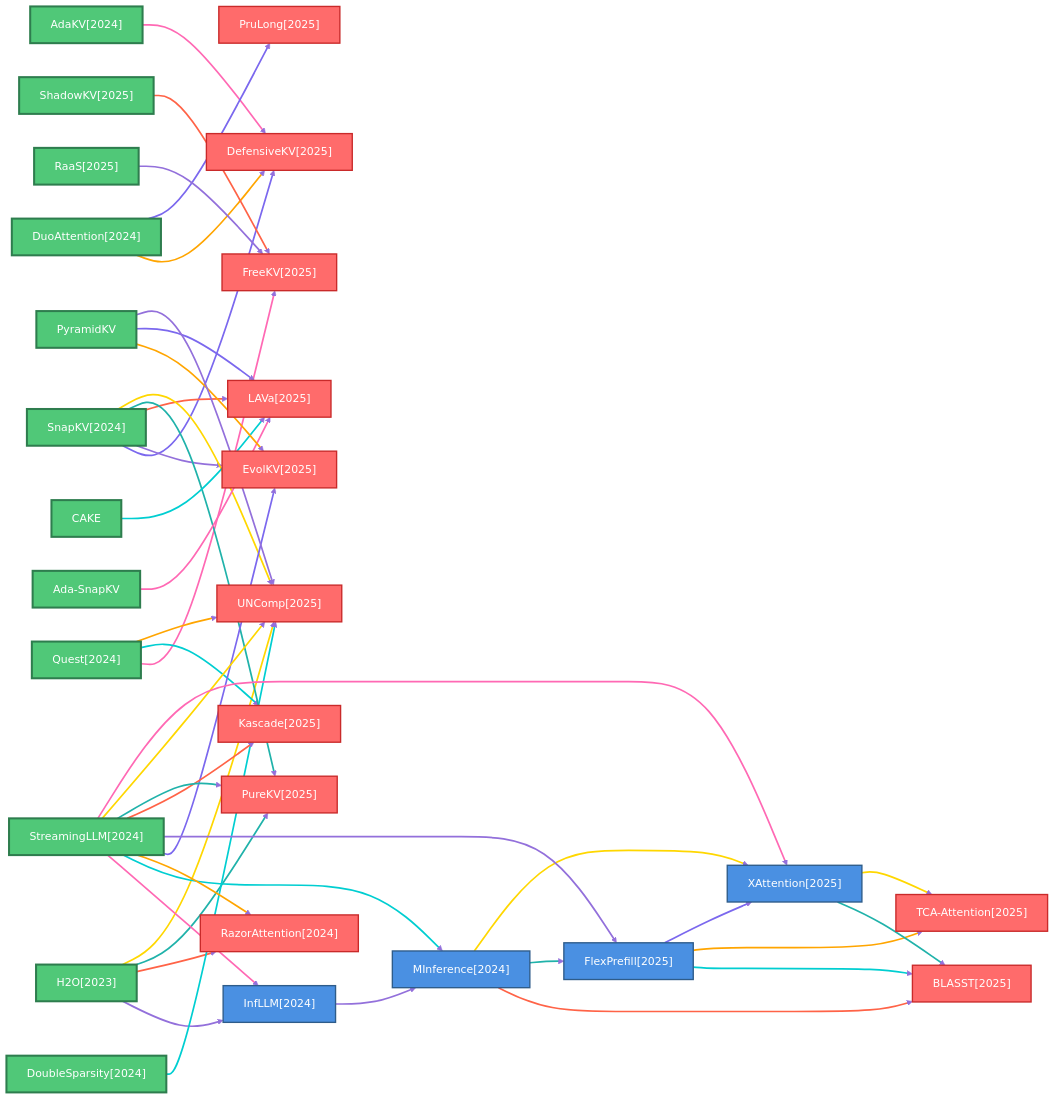
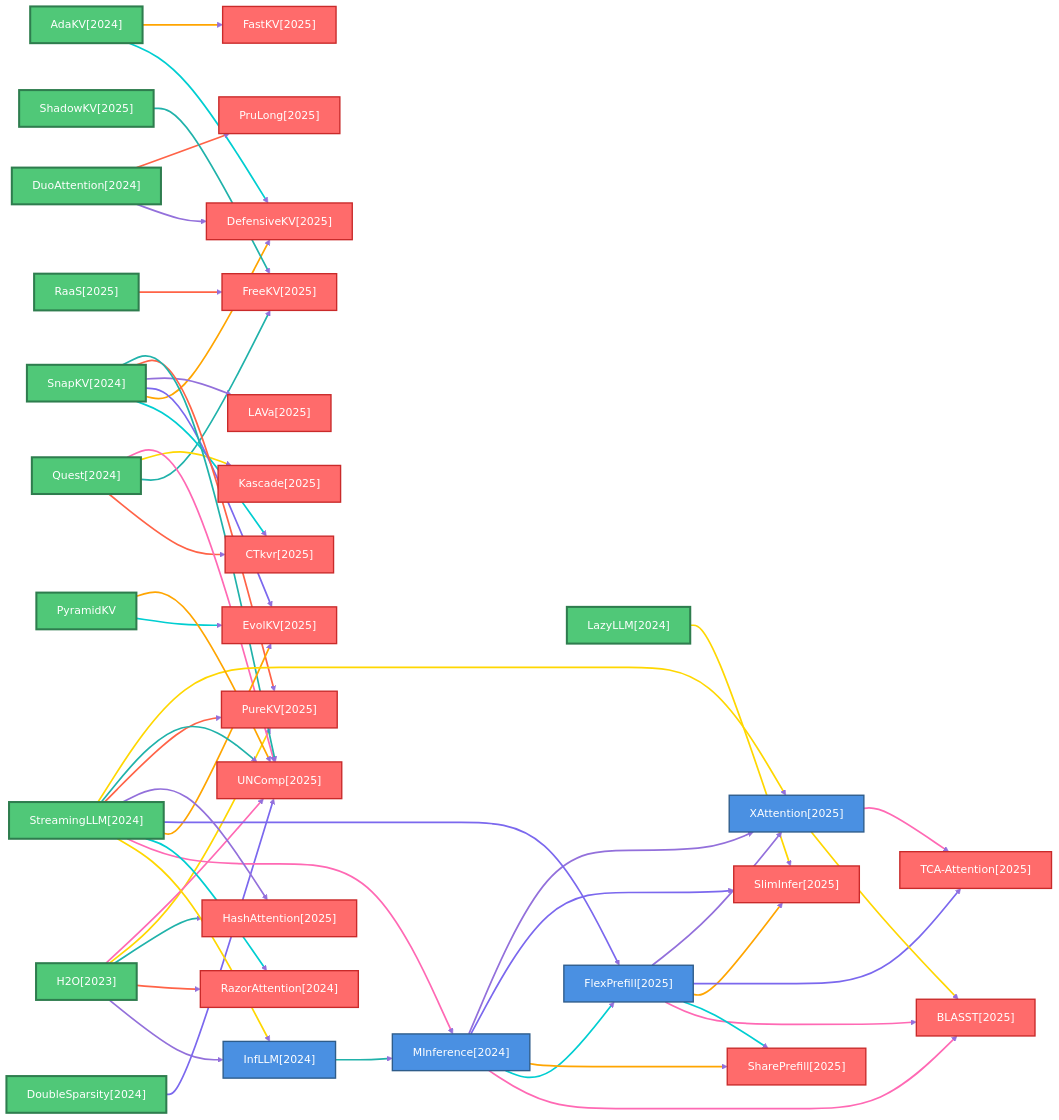
One commit to hustzxd/EfficientPaper changed the first of 11 diagrams in docs/baseline_methods_graph.md. Above: the diagram before and after it, drawn with Mermaid. The commit also changed other lines of this file and 148 other files, not shown here.

````diff
--- a/docs/baseline_methods_graph.md
+++ b/docs/baseline_methods_graph.md
@@ -25,6 +25,8 @@
     class 2024_DuoAttention rootNode
     2024_InfLLM["InfLLM[2024]"]
     class 2024_InfLLM defaultNode
+    2024_LazyLLM["LazyLLM[2024]"]
+    class 2024_LazyLLM rootNode
     2024_MInference["MInference[2024]"]
     class 2024_MInference defaultNode
     2024_Quest["Quest[2024]"]
@@ -37,14 +39,20 @@
     class 2024_StreamingLLM rootNode
     2025_BLASST["BLASST[2025]"]
     class 2025_BLASST leafNode
+    2025_CTkvr["CTkvr[2025]"]
+    class 2025_CTkvr leafNode
     2025_DefensiveKV["DefensiveKV[2025]"]
     class 2025_DefensiveKV leafNode
     2025_EvolKV["EvolKV[2025]"]
     class 2025_EvolKV leafNode
+    2025_FastKV["FastKV[2025]"]
+    class 2025_FastKV leafNode
     2025_FlexPrefill["FlexPrefill[2025]"]
     class 2025_FlexPrefill defaultNode
     2025_FreeKV["FreeKV[2025]"]
     class 2025_FreeKV leafNode
+    2025_HashAttention["HashAttention[2025]"]
+    class 2025_HashAttention leafNode
     2025_Kascade["Kascade[2025]"]
     class 2025_Kascade leafNode
     2025_LAVa["LAVa[2025]"]
@@ -57,16 +65,16 @@
     class 2025_RaaS rootNode
     2025_ShadowKV["ShadowKV[2025]"]
     class 2025_ShadowKV rootNode
+    2025_SharePrefill["SharePrefill[2025]"]
+    class 2025_SharePrefill leafNode
+    2025_SlimInfer["SlimInfer[2025]"]
+    class 2025_SlimInfer leafNode
     2025_TCA_Attention["TCA-Attention[2025]"]
     class 2025_TCA_Attention leafNode
     2025_UNComp["UNComp[2025]"]
     class 2025_UNComp leafNode
     2025_XAttention["XAttention[2025]"]
     class 2025_XAttention defaultNode
-    Ada_SnapKV["Ada-SnapKV"]
-    class Ada_SnapKV rootNode
-    CAKE["CAKE"]
-    class CAKE rootNode
     PyramidKV["PyramidKV"]
     class PyramidKV rootNode
 
@@ -74,82 +82,94 @@
     linkStyle 0 stroke:#9370DB,stroke-width:2.5px
     2023_H2O ==>|" "| 2024_RazorAttention
     linkStyle 1 stroke:#FF6347,stroke-width:2.5px
+    2023_H2O ==>|" "| 2025_HashAttention
+    linkStyle 2 stroke:#20B2AA,stroke-width:2.5px
     2023_H2O ==>|" "| 2025_PureKV
-    linkStyle 2 stroke:#20B2AA,stroke-width:2.5px
+    linkStyle 3 stroke:#FFD700,stroke-width:2.5px
     2023_H2O ==>|" "| 2025_UNComp
-    linkStyle 3 stroke:#FFD700,stroke-width:2.5px
+    linkStyle 4 stroke:#FF69B4,stroke-width:2.5px
     2024_AdaKV ==>|" "| 2025_DefensiveKV
-    linkStyle 4 stroke:#FF69B4,stroke-width:2.5px
+    linkStyle 5 stroke:#00CED1,stroke-width:2.5px
+    2024_AdaKV ==>|" "| 2025_FastKV
+    linkStyle 6 stroke:#FFA500,stroke-width:2.5px
     2024_DoubleSparsity ==>|" "| 2025_UNComp
-    linkStyle 5 stroke:#00CED1,stroke-width:2.5px
+    linkStyle 7 stroke:#7B68EE,stroke-width:2.5px
     2024_DuoAttention ==>|" "| 2025_DefensiveKV
-    linkStyle 6 stroke:#FFA500,stroke-width:2.5px
+    linkStyle 8 stroke:#9370DB,stroke-width:2.5px
     2024_DuoAttention ==>|" "| 2025_PruLong
-    linkStyle 7 stroke:#7B68EE,stroke-width:2.5px
+    linkStyle 9 stroke:#FF6347,stroke-width:2.5px
     2024_InfLLM ==>|" "| 2024_MInference
-    linkStyle 8 stroke:#9370DB,stroke-width:2.5px
+    linkStyle 10 stroke:#20B2AA,stroke-width:2.5px
+    2024_LazyLLM ==>|" "| 2025_SlimInfer
+    linkStyle 11 stroke:#FFD700,stroke-width:2.5px
     2024_MInference ==>|" "| 2025_BLASST
-    linkStyle 9 stroke:#FF6347,stroke-width:2.5px
+    linkStyle 12 stroke:#FF69B4,stroke-width:2.5px
     2024_MInference ==>|" "| 2025_FlexPrefill
-    linkStyle 10 stroke:#20B2AA,stroke-width:2.5px
+    linkStyle 13 stroke:#00CED1,stroke-width:2.5px
+    2024_MInference ==>|" "| 2025_SharePrefill
+    linkStyle 14 stroke:#FFA500,stroke-width:2.5px
+    2024_MInference ==>|" "| 2025_SlimInfer
+    linkStyle 15 stroke:#7B68EE,stroke-width:2.5px
     2024_MInference ==>|" "| 2025_XAttention
-    linkStyle 11 stroke:#FFD700,stroke-width:2.5px
+    linkStyle 16 stroke:#9370DB,stroke-width:2.5px
+    2024_Quest ==>|" "| 2025_CTkvr
+    linkStyle 17 stroke:#FF6347,stroke-width:2.5px
     2024_Quest ==>|" "| 2025_FreeKV
-    linkStyle 12 stroke:#FF69B4,stroke-width:2.5px
+    linkStyle 18 stroke:#20B2AA,stroke-width:2.5px
     2024_Quest ==>|" "| 2025_Kascade
-    linkStyle 13 stroke:#00CED1,stroke-width:2.5px
+    linkStyle 19 stroke:#FFD700,stroke-width:2.5px
     2024_Quest ==>|" "| 2025_UNComp
-    linkStyle 14 stroke:#FFA500,stroke-width:2.5px
+    linkStyle 20 stroke:#FF69B4,stroke-width:2.5px
+    2024_SnapKV ==>|" "| 2025_CTkvr
+    linkStyle 21 stroke:#00CED1,stroke-width:2.5px
     2024_SnapKV ==>|" "| 2025_DefensiveKV
-    linkStyle 15 stroke:#7B68EE,stroke-width:2.5px
+    linkStyle 22 stroke:#FFA500,stroke-width:2.5px
     2024_SnapKV ==>|" "| 2025_EvolKV
-    linkStyle 16 stroke:#9370DB,stroke-width:2.5px
+    linkStyle 23 stroke:#7B68EE,stroke-width:2.5px
     2024_SnapKV ==>|" "| 2025_LAVa
-    linkStyle 17 stroke:#FF6347,stroke-width:2.5px
+    linkStyle 24 stroke:#9370DB,stroke-width:2.5px
     2024_SnapKV ==>|" "| 2025_PureKV
-    linkStyle 18 stroke:#20B2AA,stroke-width:2.5px
+    linkStyle 25 stroke:#FF6347,stroke-width:2.5px
     2024_SnapKV ==>|" "| 2025_UNComp
-    linkStyle 19 stroke:#FFD700,stroke-width:2.5px
+    linkStyle 26 stroke:#20B2AA,stroke-width:2.5px
     2024_StreamingLLM ==>|" "| 2024_InfLLM
-    linkStyle 20 stroke:#FF69B4,stroke-width:2.5px
+    linkStyle 27 stroke:#FFD700,stroke-width:2.5px
     2024_StreamingLLM ==>|" "| 2024_MInference
-    linkStyle 21 stroke:#00CED1,stroke-width:2.5px
+    linkStyle 28 stroke:#FF69B4,stroke-width:2.5px
     2024_StreamingLLM ==>|" "| 2024_RazorAttention
-    linkStyle 22 stroke:#FFA500,stroke-width:2.5px
+    linkStyle 29 stroke:#00CED1,stroke-width:2.5px
     2024_StreamingLLM ==>|" "| 2025_EvolKV
-    linkStyle 23 stroke:#7B68EE,stroke-width:2.5px
+    linkStyle 30 stroke:#FFA500,stroke-width:2.5px
     2024_StreamingLLM ==>|" "| 2025_FlexPrefill
-    linkStyle 24 stroke:#9370DB,stroke-width:2.5px
-    2024_StreamingLLM ==>|" "| 2025_Kascade
-    linkStyle 25 stroke:#FF6347,stroke-width:2.5px
+    linkStyle 31 stroke:#7B68EE,stroke-width:2.5px
+    2024_StreamingLLM ==>|" "| 2025_HashAttention
+    linkStyle 32 stroke:#9370DB,stroke-width:2.5px
     2024_StreamingLLM ==>|" "| 2025_PureKV
-    linkStyle 26 stroke:#20B2AA,stroke-width:2.5px
+    linkStyle 33 stroke:#FF6347,stroke-width:2.5px
     2024_StreamingLLM ==>|" "| 2025_UNComp
-    linkStyle 27 stroke:#FFD700,stroke-width:2.5px
+    linkStyle 34 stroke:#20B2AA,stroke-width:2.5px
     2024_StreamingLLM ==>|" "| 2025_XAttention
-    linkStyle 28 stroke:#FF69B4,stroke-width:2.5px
+    linkStyle 35 stroke:#FFD700,stroke-width:2.5px
     2025_FlexPrefill ==>|" "| 2025_BLASST
-    linkStyle 29 stroke:#00CED1,stroke-width:2.5px
+    linkStyle 36 stroke:#FF69B4,stroke-width:2.5px
+    2025_FlexPrefill ==>|" "| 2025_SharePrefill
+    linkStyle 37 stroke:#00CED1,stroke-width:2.5px
+    2025_FlexPrefill ==>|" "| 2025_SlimInfer
+    linkStyle 38 stroke:#FFA500,stroke-width:2.5px
     2025_FlexPrefill ==>|" "| 2025_TCA_Attention
-    linkStyle 30 stroke:#FFA500,stroke-width:2.5px
+    linkStyle 39 stroke:#7B68EE,stroke-width:2.5px
     2025_FlexPrefill ==>|" "| 2025_XAttention
-    linkStyle 31 stroke:#7B68EE,stroke-width:2.5px
+    linkStyle 40 stroke:#9370DB,stroke-width:2.5px
     2025_RaaS ==>|" "| 2025_FreeKV
-    linkStyle 32 stroke:#9370DB,stroke-width:2.5px
+    linkStyle 41 stroke:#FF6347,stroke-width:2.5px
     2025_ShadowKV ==>|" "| 2025_FreeKV
-    linkStyle 33 stroke:#FF6347,stroke-width:2.5px
+    linkStyle 42 stroke:#20B2AA,stroke-width:2.5px
     2025_XAttention ==>|" "| 2025_BLASST
-    linkStyle 34 stroke:#20B2AA,stroke-width:2.5px
+    linkStyle 43 stroke:#FFD700,stroke-width:2.5px
     2025_XAttention ==>|" "| 2025_TCA_Attention
-    linkStyle 35 stroke:#FFD700,stroke-width:2.5px
-    Ada_SnapKV ==>|" "| 2025_LAVa
-    linkStyle 36 stroke:#FF69B4,stroke-width:2.5px
-    CAKE ==>|" "| 2025_LAVa
-    linkStyle 37 stroke:#00CED1,stroke-width:2.5px
+    linkStyle 44 stroke:#FF69B4,stroke-width:2.5px
     PyramidKV ==>|" "| 2025_EvolKV
-    linkStyle 38 stroke:#FFA500,stroke-width:2.5px
-    PyramidKV ==>|" "| 2025_LAVa
-    linkStyle 39 stroke:#7B68EE,stroke-width:2.5px
+    linkStyle 45 stroke:#00CED1,stroke-width:2.5px
     PyramidKV ==>|" "| 2025_UNComp
-    linkStyle 40 stroke:#9370DB,stroke-width:2.5px
+    linkStyle 46 stroke:#FFA500,stroke-width:2.5px
 ```
````
